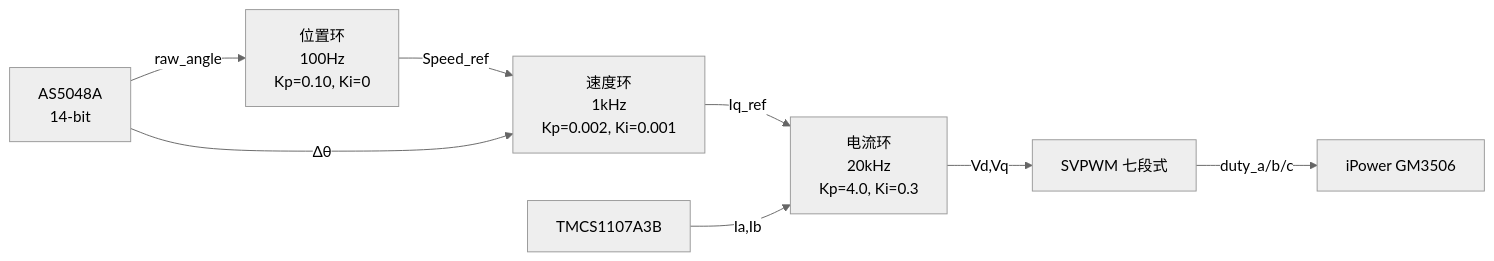
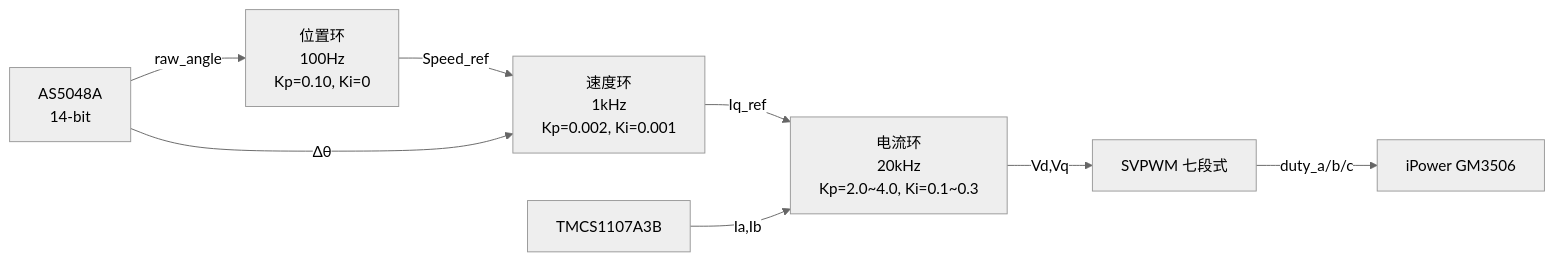
The diagram in README.md (HeyandBye/STM32G431CBU6_MMSD), drawn with Mermaid (neutral theme) before and after one commit. The commit also changed other lines of this file and 3 other files, not shown here.

````diff
--- a/README.md
+++ b/README.md
@@ -148,10 +142,10 @@
 ```mermaid
 flowchart LR
     POS["位置环<br/>100Hz<br/>Kp=0.10, Ki=0"] -->|Speed_ref| SPD["速度环<br/>1kHz<br/>Kp=0.002, Ki=0.001"]
-    SPD -->|Iq_ref| CUR["电流环<br/>20kHz<br/>Kp=4.0, Ki=0.3"]
+    SPD -->|Iq_ref| CUR["电流环<br/>20kHz<br/>Kp=2.0~4.0, Ki=0.1~0.3"]
     CUR -->|Vd,Vq| SVPWM["SVPWM 七段式"]
     SVPWM -->|duty_a/b/c| MOTOR["iPower GM3506"]
     ENC["AS5048A<br/>14-bit"] -->|raw_angle| POS
     ENC -->|Δθ| SPD
     ADC["TMCS1107A3B"] -->|Ia,Ib| CUR
 ```
````
